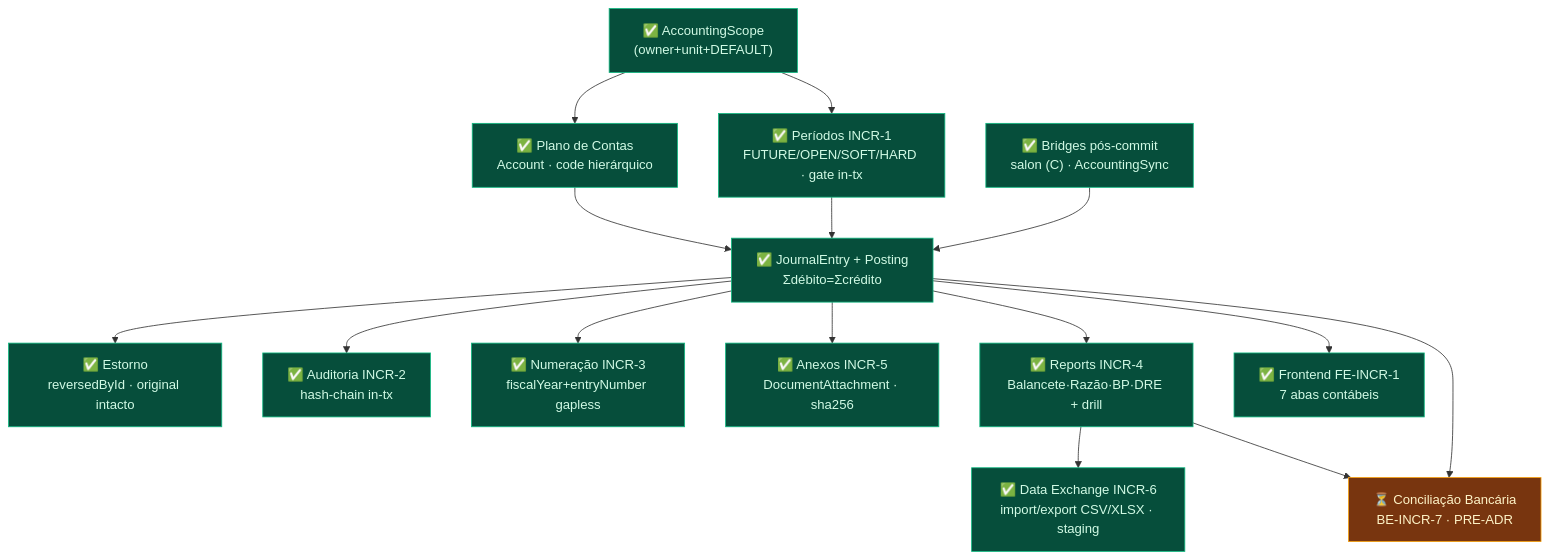
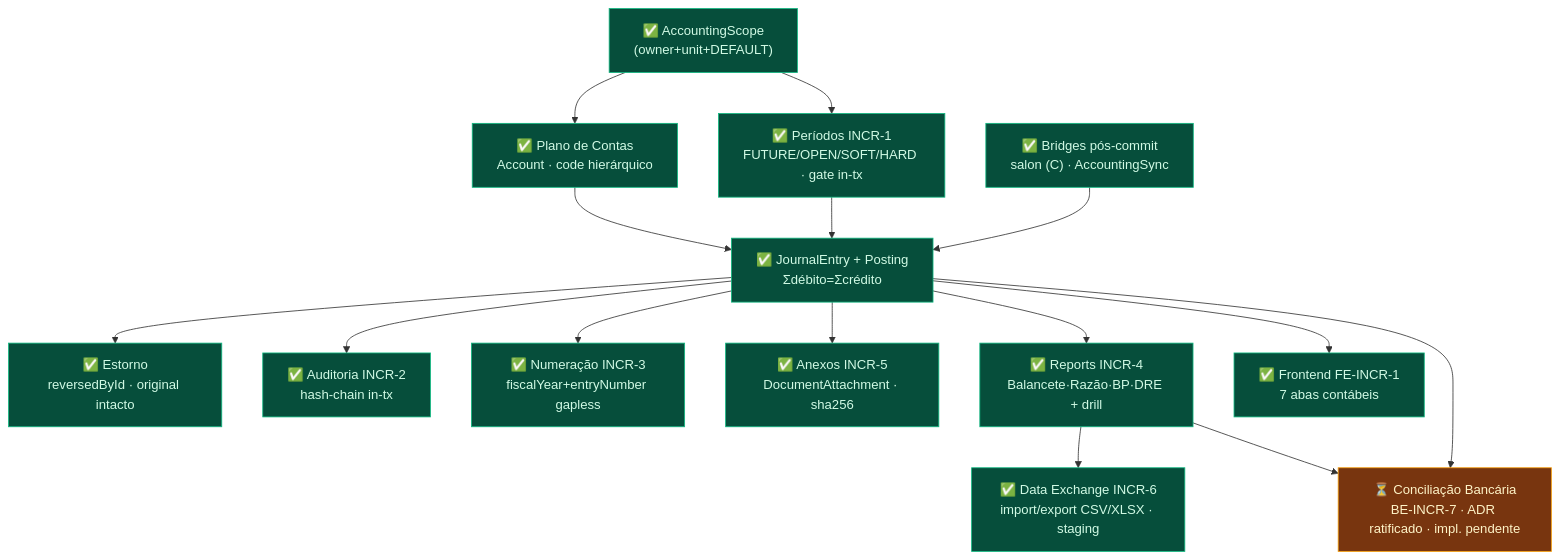
Before and after one commit to web3br1/luminaristest: the diagram in docs/accounting/ACCOUNTING-MASTER-MAP.md, drawn with Mermaid. The commit also changed 1 other file, not shown here.

Commit message:
fix(accounting): PR1 review minors — comment no-updatedAt rationale + master map stale label
MINOR-1: ReconciliationMatch sem updatedAt agora explicitado como deliberado
(única mutação sancionada é o soft-undo auto-timestampado).
MINOR-2: nó mermaid do master map §2 dizia PRE-ADR contradizendo o §3.

````diff
--- a/docs/accounting/ACCOUNTING-MASTER-MAP.md
+++ b/docs/accounting/ACCOUNTING-MASTER-MAP.md
@@ -41,32 +41,32 @@
 ```mermaid
 flowchart TD
     classDef done fill:#064e3b,stroke:#10b981,color:#d1fae5;
     classDef wip fill:#78350f,stroke:#f59e0b,color:#fef3c7;
 
     A["✅ AccountingScope<br/>(owner+unit+DEFAULT)"]:::done
     B["✅ Plano de Contas<br/>Account · code hierárquico"]:::done
     C["✅ Períodos INCR-1<br/>FUTURE/OPEN/SOFT/HARD · gate in-tx"]:::done
     D["✅ JournalEntry + Posting<br/>Σdébito=Σcrédito"]:::done
     F["✅ Estorno<br/>reversedById · original intacto"]:::done
     G["✅ Auditoria INCR-2<br/>hash-chain in-tx"]:::done
     H["✅ Numeração INCR-3<br/>fiscalYear+entryNumber gapless"]:::done
     I["✅ Anexos INCR-5<br/>DocumentAttachment · sha256"]:::done
     R["✅ Reports INCR-4<br/>Balancete·Razão·BP·DRE + drill"]:::done
     X["✅ Data Exchange INCR-6<br/>import/export CSV/XLSX · staging"]:::done
     FE["✅ Frontend FE-INCR-1<br/>7 abas contábeis"]:::done
     BR["✅ Bridges pós-commit<br/>salon (C) · AccountingSync"]:::done
-    T["⏳ Conciliação Bancária<br/>BE-INCR-7 · PRE-ADR"]:::wip
+    T["⏳ Conciliação Bancária<br/>BE-INCR-7 · ADR ratificado · impl. pendente"]:::wip
 
     A --> B --> D
     A --> C --> D
     D --> F
     D --> G
     D --> H
     D --> I
     D --> R
     R --> X
     D --> FE
     BR --> D
     R --> T
     D --> T
 ```
````
